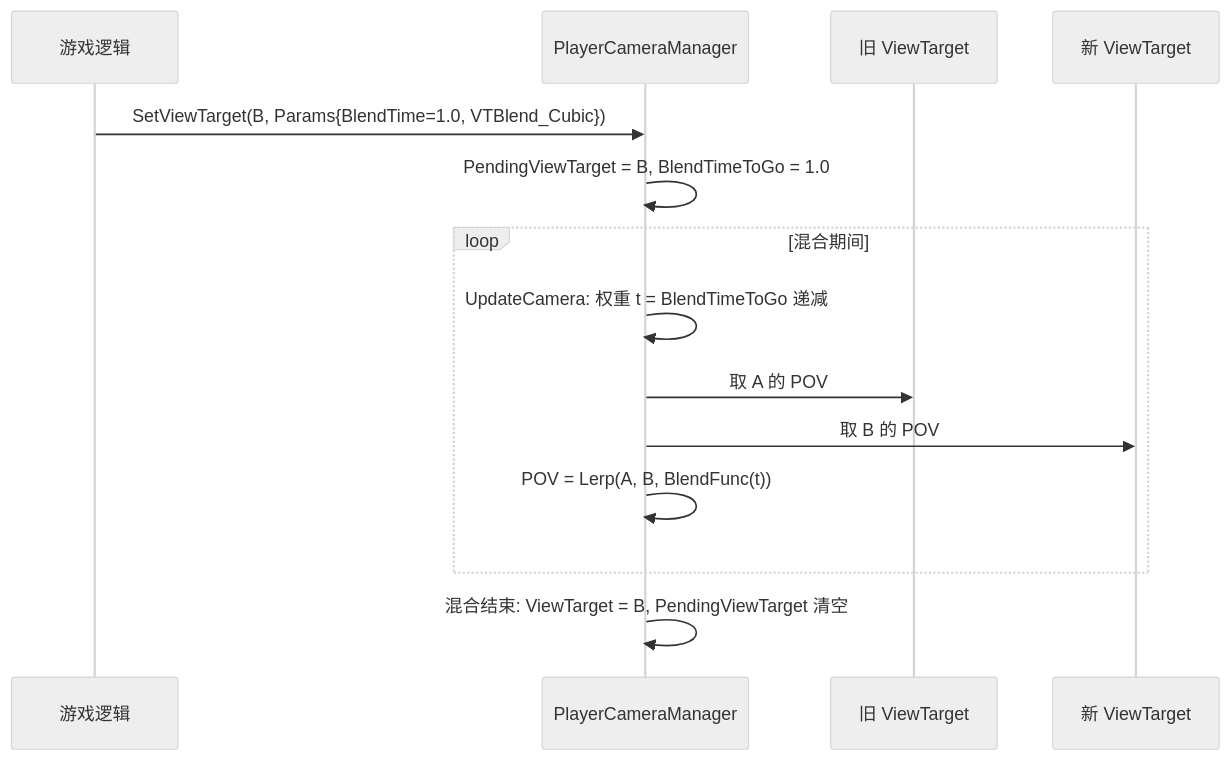
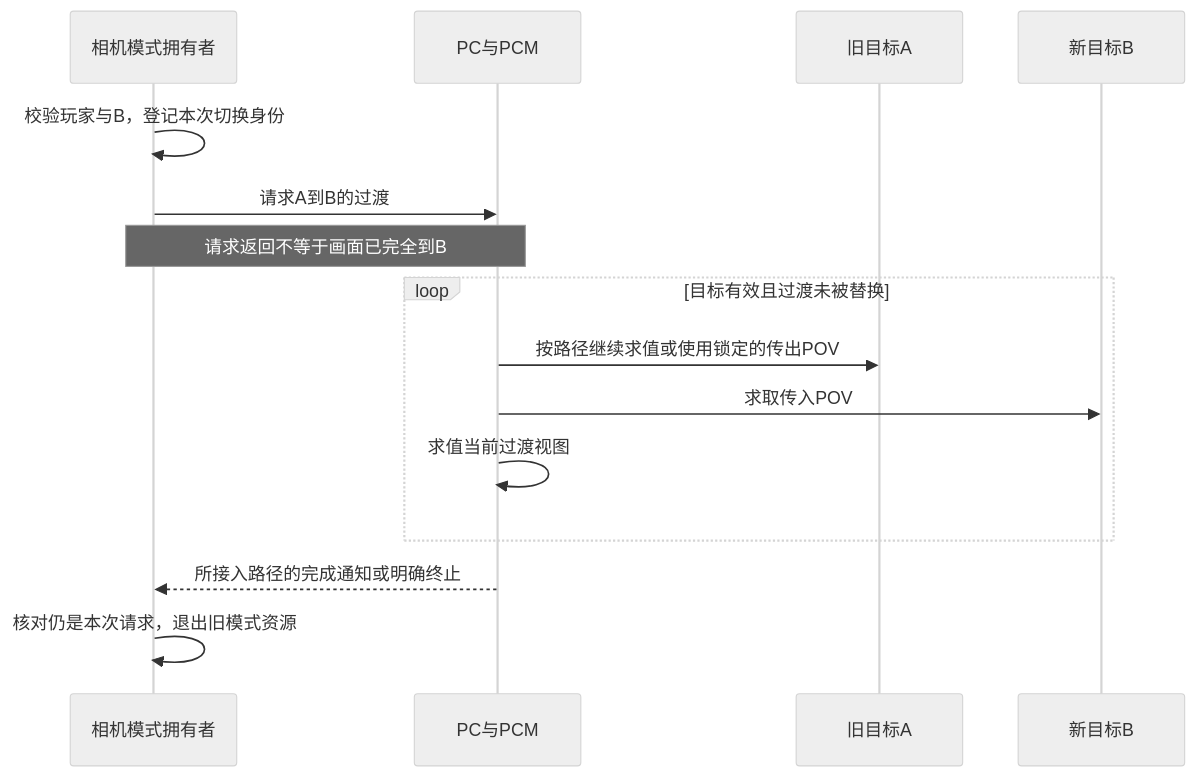
One commit to fantuan812/learning changed the fourth of 9 diagrams in 知识/05-Gameplay与交互系统/输入移动与交互/07-相机系统与视口.md. Above: the diagram before and after it, drawn with Mermaid (neutral theme). The commit also changed other lines of this file and 1 other file, not shown here.

````diff
--- a/知识/05-Gameplay与交互系统/输入移动与交互/07-相机系统与视口.md
+++ b/知识/05-Gameplay与交互系统/输入移动与交互/07-相机系统与视口.md
@@ -153,16 +155,17 @@
 ```mermaid
 sequenceDiagram
-    participant G as 游戏逻辑
-    participant P as PlayerCameraManager
-    participant A as 旧 ViewTarget
-    participant B as 新 ViewTarget
-    G->>P: SetViewTarget(B, Params{BlendTime=1.0, VTBlend_Cubic})
-    P->>P: PendingViewTarget = B, BlendTimeToGo = 1.0
-    loop 混合期间
-        P->>P: UpdateCamera: 权重 t = BlendTimeToGo 递减
-        P->>A: 取 A 的 POV
-        P->>B: 取 B 的 POV
-        P->>P: POV = Lerp(A, B, BlendFunc(t))
+    participant G as 相机模式拥有者
+    participant P as PC与PCM
+    participant A as 旧目标A
+    participant B as 新目标B
+    G->>G: 校验玩家与B，登记本次切换身份
+    G->>P: 请求A到B的过渡
+    Note over G,P: 请求返回不等于画面已完全到B
+    loop 目标有效且过渡未被替换
+        P->>A: 按路径继续求值或使用锁定的传出POV
+        P->>B: 求取传入POV
+        P->>P: 求值当前过渡视图
     end
-    P->>P: 混合结束: ViewTarget = B, PendingViewTarget 清空
+    P-->>G: 所接入路径的完成通知或明确终止
+    G->>G: 核对仍是本次请求，退出旧模式资源
 ```
````
